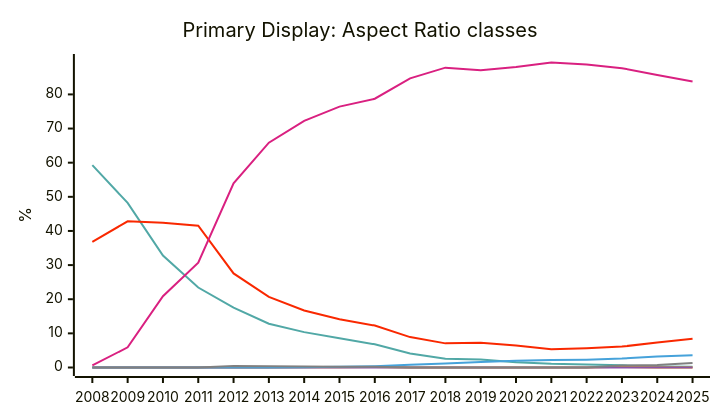
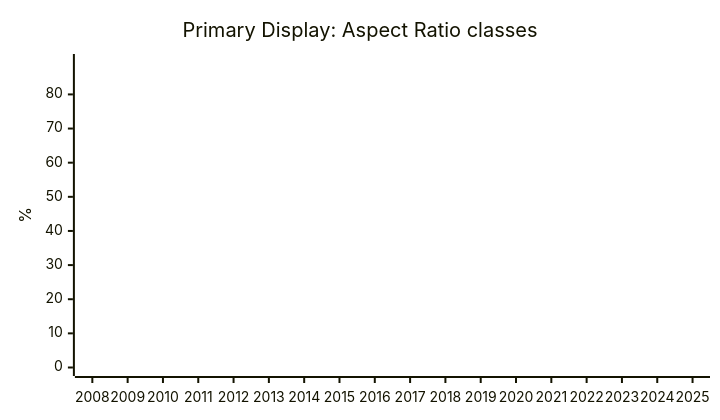
Before and after one commit to jdegene/steamHWsurvey: diagram 16 of 29 in README.md, drawn with Mermaid. The commit also changed other lines of this file and 1 other file, not shown here.

Commit message:
added helper lines to display part

````diff
--- a/README.md
+++ b/README.md
@@ -524,25 +524,28 @@
 ```mermaid
 ---
 config:
     xyChart:
         width: 700
         height: 400
         
     themeVariables:
         xyChart:
-            plotColorPalette: "#51a8a6,#f9a900,#f92800,#d92080,#8a52a6,#46a2da,#808080"
+            plotColorPalette: ""#404040,#404040,#404040,#51a8a6,#f9a900,#f92800,#d92080,#8a52a6,#46a2da,#808080"
 
 --- 
 
 xychart-beta
     title "Primary Display: Aspect Ratio classes"
     x-axis [2008, 2009, 2010, 2011, 2012, 2013, 2014, 2015, 2016, 2017, 2018, 2019, 2020, 2021, 2022, 2023, 2024, 2025]
     y-axis "%" 
+ line [25, 25, 25, 25, 25, 25, 25, 25, 25, 25, 25, 25, 25, 25, 25, 25, 25, 25]
+ line [50, 50, 50, 50, 50, 50, 50, 50, 50, 50, 50, 50, 50, 50, 50, 50, 50, 50]
+ line [75, 75, 75, 75, 75, 75, 75, 75, 75, 75, 75, 75, 75, 75, 75, 75, 75, 75]
     line [59.28, 48.21333333333334, 32.81125, 23.43, 17.553749999999997, 12.828571428571427, 10.359090909090908, 8.599166666666667, 6.7924999999999995, 4.074166666666667, 2.5316666666666667, 2.3383333333333334, 1.5683333333333334, 1.1075, 0.9033333333333332, 0.6291666666666667, 0.32916666666666666, 0.24818181818181817]
     line [0, 0, 0, 0, 0.0, 0, 0.04428571428571428, 0.10666666666666667, 0.175, 0, 0, 0, 0, 0, 0, 0.2, 0, 0]
     line [36.83, 42.82, 42.4075, 41.51857142857143, 27.561249999999998, 20.68857142857143, 16.69, 14.148333333333332, 12.279166666666667, 8.91, 7.07, 7.262499999999999, 6.419999999999999, 5.325833333333333, 5.645, 6.1225000000000005, 7.324166666666667, 8.405454545454544]
     line [0.62, 5.904166666666666, 20.882499999999997, 30.687142857142856, 53.962500000000006, 65.86571428571429, 72.27545454545455, 76.42999999999999, 78.73083333333332, 84.69083333333333, 87.83916666666669, 87.06416666666668, 88.04416666666667, 89.3475, 88.78583333333333, 87.67916666666666, 85.71333333333334, 83.79636363636362]
     line [0, 0, 0, 0, 0.01, 0.008571428571428572, 0.01, 0.01, 0.01, 0, 0, 0, 0, 0, 0, 0, 0, 0]
     line [0, 0, 0, 0, 0, 0.02142857142857143, 0.09363636363636363, 0.2258333333333333, 0.36083333333333334, 0.7966666666666667, 1.1825, 1.5908333333333333, 1.9683333333333335, 2.1933333333333334, 2.305833333333333, 2.625833333333333, 3.1883333333333335, 3.5681818181818183]
     line [0, 0, 0, 0, 0.41875, 0.35285714285714287, 0.2890909090909091, 0.2375, 0.215, 0, 0, 0, 0, 0, 0, 0.5928571428571429, 0.7641666666666668, 1.319090909090909]
 ``` 
````
